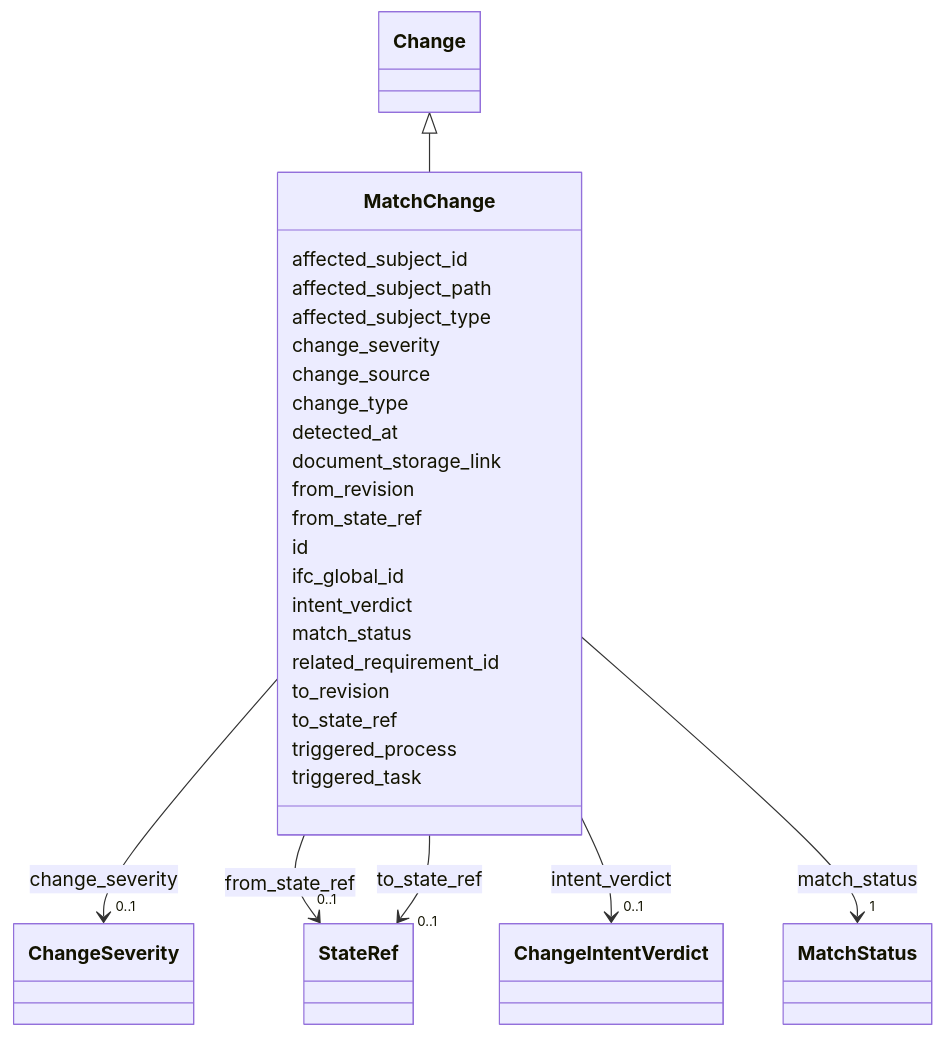
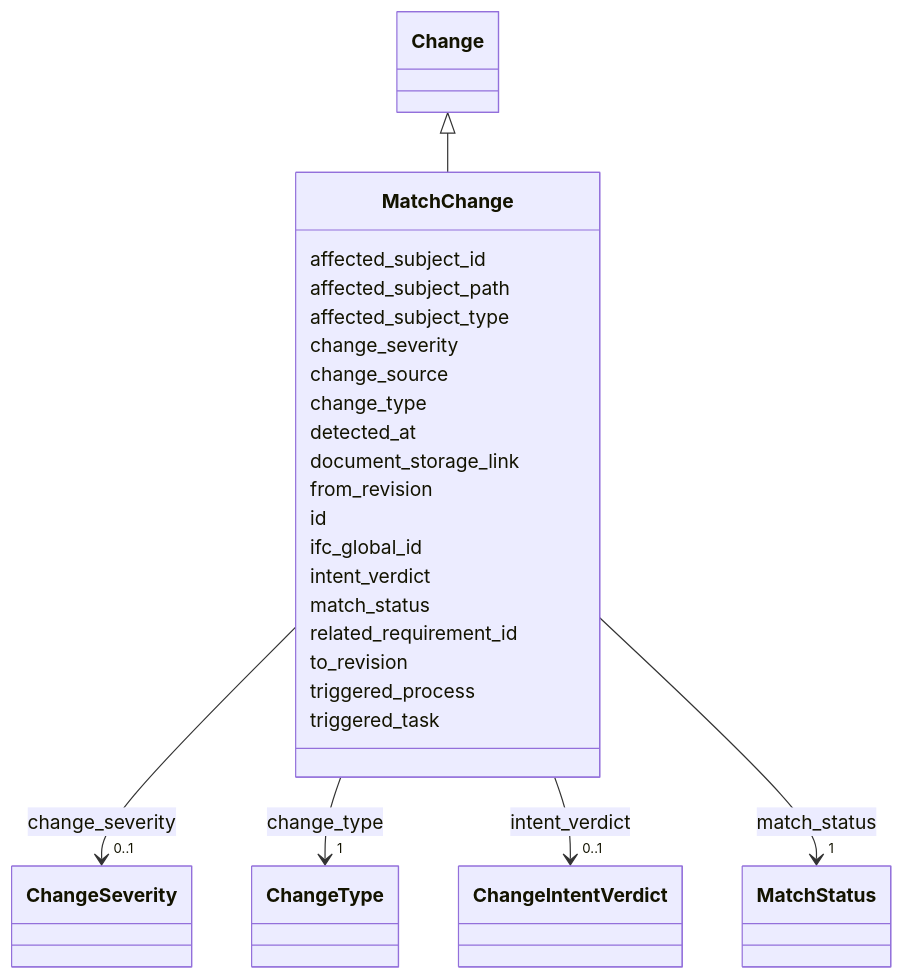
The diagram in site/schema/.md-src/MatchChange.md (simondilhas/pragmatic-bim-schema), drawn with Mermaid before and after one commit. The commit also changed other lines of this file and 443 other files, not shown here.

````diff
--- a/site/schema/.md-src/MatchChange.md
+++ b/site/schema/.md-src/MatchChange.md
@@ -25,36 +25,32 @@
 ```mermaid
  classDiagram
     class MatchChange
     click MatchChange href "./MatchChange.html"
       Change <|-- MatchChange
         click Change href "./Change.html"
       MatchChange : affected_subject_id
       MatchChange : affected_subject_path
       MatchChange : affected_subject_type
       MatchChange : change_severity
         MatchChange --> "0..1" ChangeSeverity : change_severity
         click ChangeSeverity href "./ChangeSeverity.html"
       MatchChange : change_source
       MatchChange : change_type
+        MatchChange --> "1" ChangeType : change_type
+        click ChangeType href "./ChangeType.html"
       MatchChange : detected_at
       MatchChange : document_storage_link
       MatchChange : from_revision
-      MatchChange : from_state_ref
-        MatchChange --> "0..1" StateRef : from_state_ref
-        click StateRef href "./StateRef.html"
       MatchChange : id
       MatchChange : ifc_global_id
       MatchChange : intent_verdict
         MatchChange --> "0..1" ChangeIntentVerdict : intent_verdict
         click ChangeIntentVerdict href "./ChangeIntentVerdict.html"
       MatchChange : match_status
         MatchChange --> "1" MatchStatus : match_status
         click MatchStatus href "./MatchStatus.html"
       MatchChange : related_requirement_id
       MatchChange : to_revision
-      MatchChange : to_state_ref
-        MatchChange --> "0..1" StateRef : to_state_ref
-        click StateRef href "./StateRef.html"
       MatchChange : triggered_process
       MatchChange : triggered_task
 ```
````
